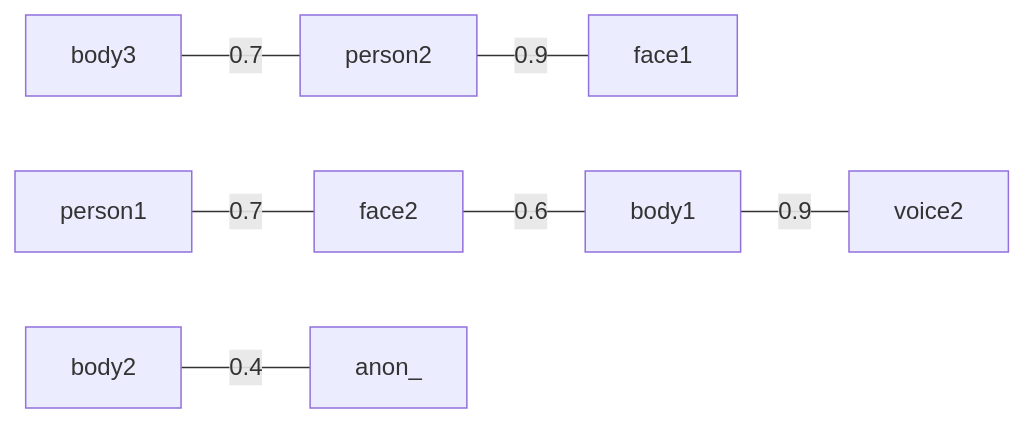
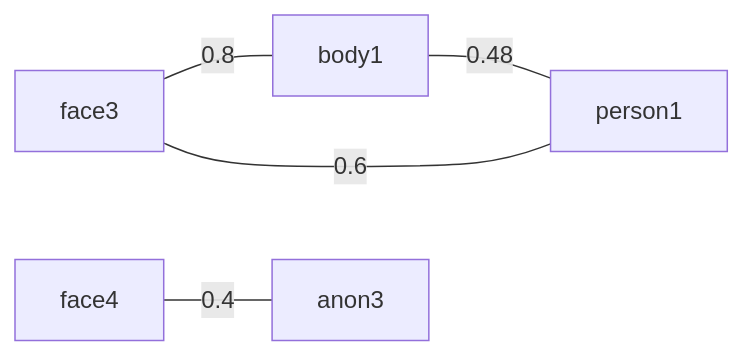
Diagram 18 of 34 in test/test-graphs.md (ros4hri/hri_person_manager), drawn with Mermaid before and after one commit. The commit also changed other lines of this file and 4 other files, not shown here.

First line of the commit message:
Python impl complete, all mermaid-based tests pass

````diff
--- a/test/test-graphs.md
+++ b/test/test-graphs.md
@@ -19,13 +231,8 @@
 ``` mermaid
 graph LR
 
-body3 ---|0.7| person2
-person2 ---|0.9| face1
-
-
-person1 ---|0.7| face2
-body1 ---|0.9| voice2
-face2 ---|0.6| body1
-
-body2 ---|0.4| anon_
+face3 ---|0.8| body1
+face3 ---|0.6| person1
+body1 ---|0.48| person1
+face4 ---|0.4| anon3
 ```
````
